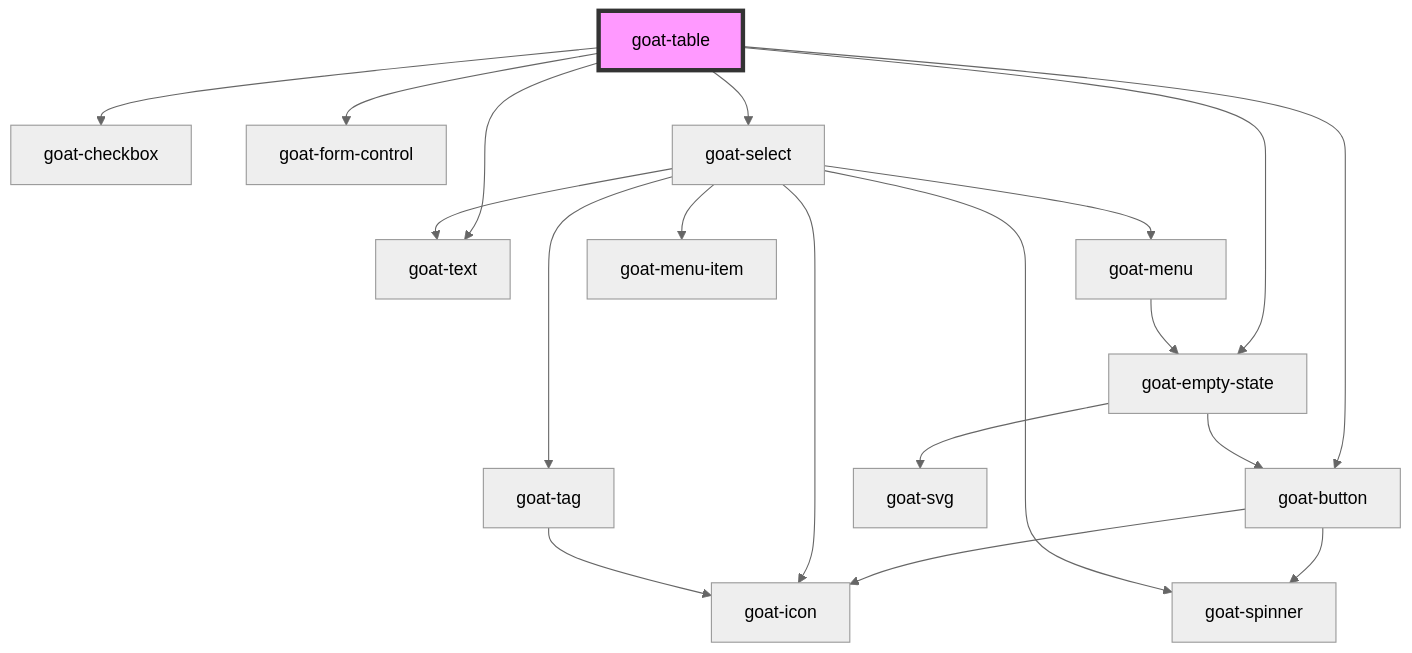
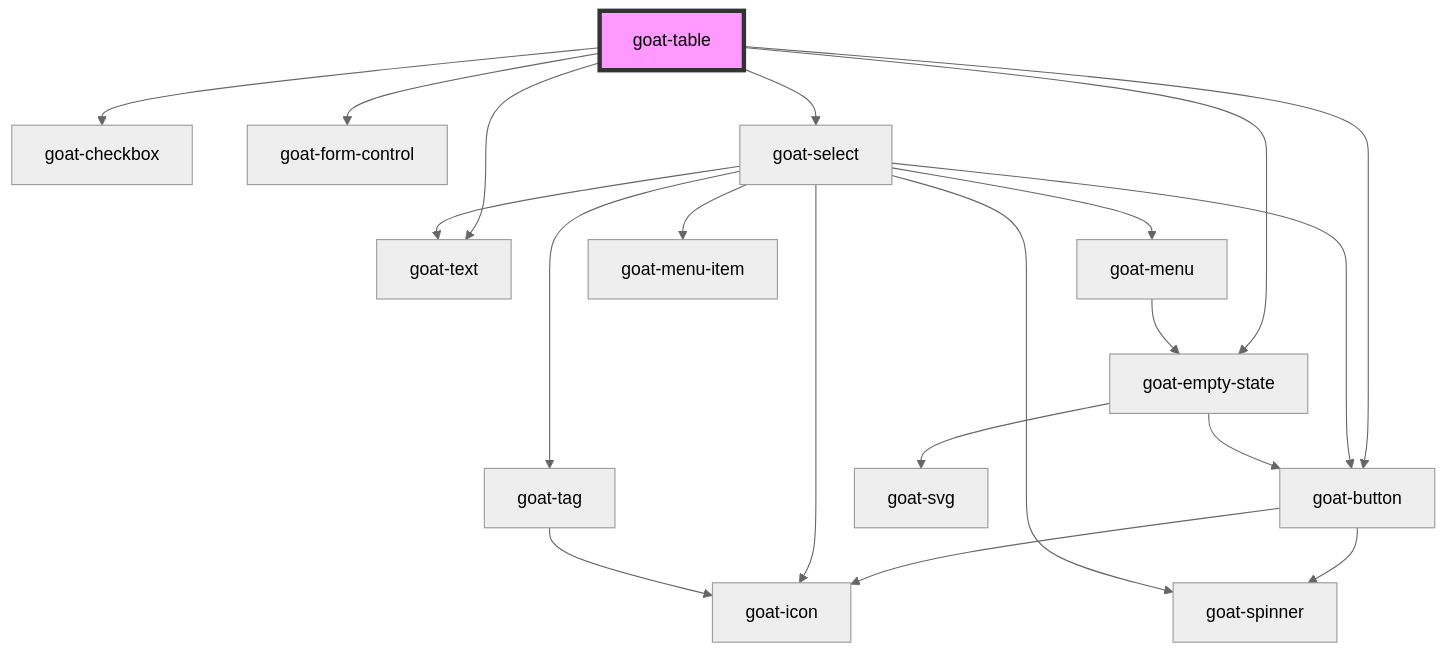
Before and after one commit to goatui/components: the diagram in src/components/data-display/table/readme.md, drawn with Mermaid (neutral theme). The commit also changed 7 other files, not shown here.

````diff
--- a/src/components/data-display/table/readme.md
+++ b/src/components/data-display/table/readme.md
@@ -50,22 +50,23 @@
 ```mermaid
 graph TD;
   goat-table --> goat-checkbox
   goat-table --> goat-button
   goat-table --> goat-form-control
   goat-table --> goat-select
   goat-table --> goat-text
   goat-table --> goat-empty-state
   goat-button --> goat-icon
   goat-button --> goat-spinner
   goat-select --> goat-icon
   goat-select --> goat-tag
+  goat-select --> goat-button
   goat-select --> goat-spinner
   goat-select --> goat-menu
   goat-select --> goat-text
   goat-select --> goat-menu-item
   goat-tag --> goat-icon
   goat-menu --> goat-empty-state
   goat-empty-state --> goat-svg
   goat-empty-state --> goat-button
   style goat-table fill:#f9f,stroke:#333,stroke-width:4px
 ```
````
